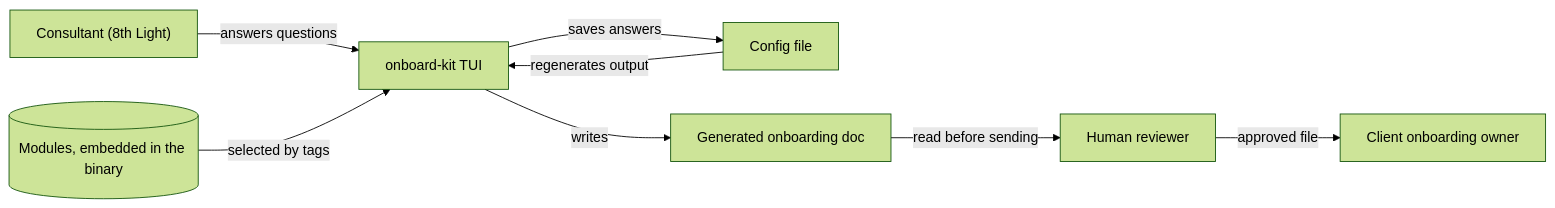
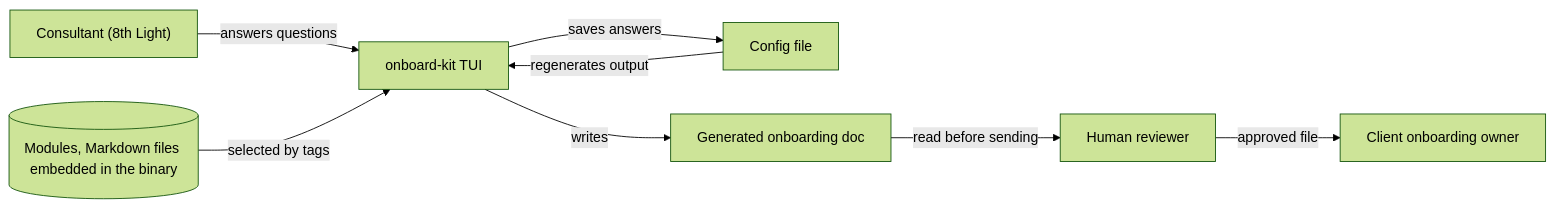
Before and after one commit to 8thlight-daveloper/onboard-kit: the diagram in docs/architecture/01-context.md, drawn with Mermaid (forest theme). The commit also changed other lines of this file, not shown here.

Commit message:
Define module in the architecture context doc

````diff
--- a/docs/architecture/01-context.md
+++ b/docs/architecture/01-context.md
@@ -7,18 +12,18 @@
 ```mermaid
 flowchart LR
     consultant["Consultant (8th Light)"]
     kit["onboard-kit TUI"]
-    modules[("Modules, embedded in the binary")]
+    modules[("Modules, Markdown files embedded in the binary")]
     config["Config file"]
     doc["Generated onboarding doc"]
     reviewer["Human reviewer"]
     client["Client onboarding owner"]
 
     consultant -->|answers questions| kit
     modules -->|selected by tags| kit
     kit -->|saves answers| config
     config -->|regenerates output| kit
     kit -->|writes| doc
     doc -->|read before sending| reviewer
     reviewer -->|approved file| client
 ```
````
